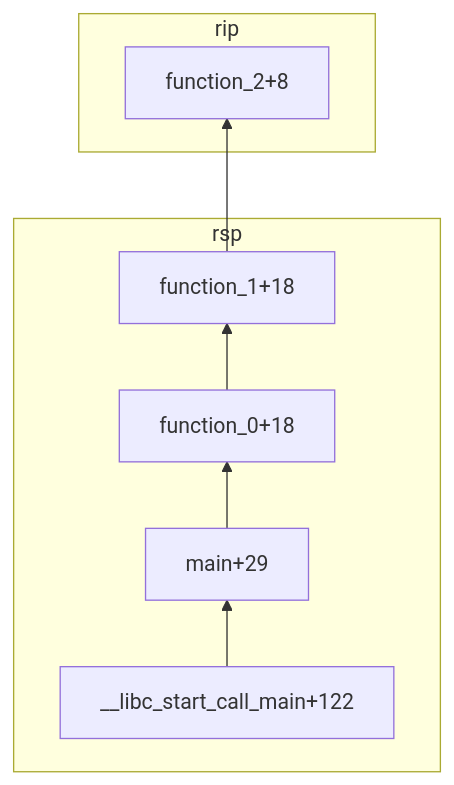
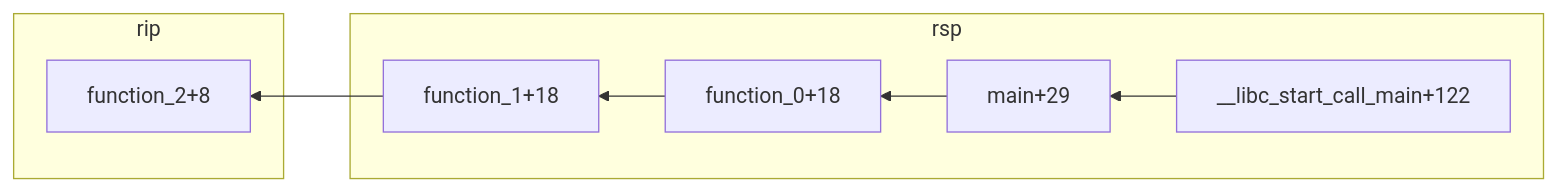
One commit to thachmpham/thachmpham.github.io changed the second of 2 diagrams in md/asm-callstack.md. Above: the diagram before and after it, drawn with Mermaid. The commit also changed 1 other file, not shown here.

```diff
--- a/md/asm-callstack.md
+++ b/md/asm-callstack.md
@@ -312,15 +312,15 @@
 <pre class="mermaid">
-flowchart BT
+flowchart RL
     subgraph rip
         function_2+8
     end   
 
    subgraph rsp
         function_1+18
         function_0+18              
         main+29
         __libc_start_call_main+122
     end 
 
     __libc_start_call_main+122 --> main+29 --> function_0+18 --> function_1+18 --> function_2+8
 </pre>
```
